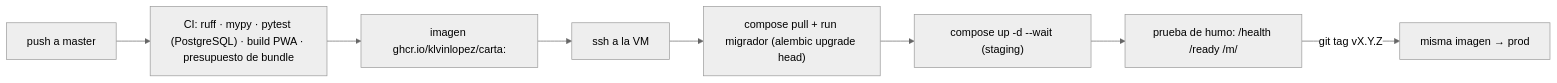
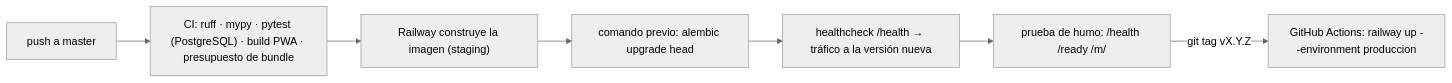
Before and after one commit to KlvinLopez/carta: the diagram in docs/plan/05_Operacion.md, drawn with Mermaid (neutral theme). The commit also changed other lines of this file and 6 other files, not shown here.

````diff
--- a/docs/plan/05_Operacion.md
+++ b/docs/plan/05_Operacion.md
@@ -33,10 +33,9 @@
 ```mermaid
 flowchart LR
   A["push a master"] --> B["CI: ruff · mypy · pytest (PostgreSQL) · build PWA · presupuesto de bundle"]
-  B --> C["imagen ghcr.io/klvinlopez/carta:<sha>"]
-  C --> D["ssh a la VM"]
-  D --> E["compose pull + run migrador (alembic upgrade head)"]
-  E --> F["compose up -d --wait (staging)"]
-  F --> G["prueba de humo: /health /ready /m/<codigo-semilla>"]
-  G -->|"git tag vX.Y.Z"| H["misma imagen → prod"]
+  B --> C["Railway construye la imagen (staging)"]
+  C --> D["comando previo: alembic upgrade head"]
+  D --> E["healthcheck /health → tráfico a la versión nueva"]
+  E --> F["prueba de humo: /health /ready /m/<codigo-semilla>"]
+  F -->|"git tag vX.Y.Z"| G["GitHub Actions: railway up --environment produccion"]
 ```
````
